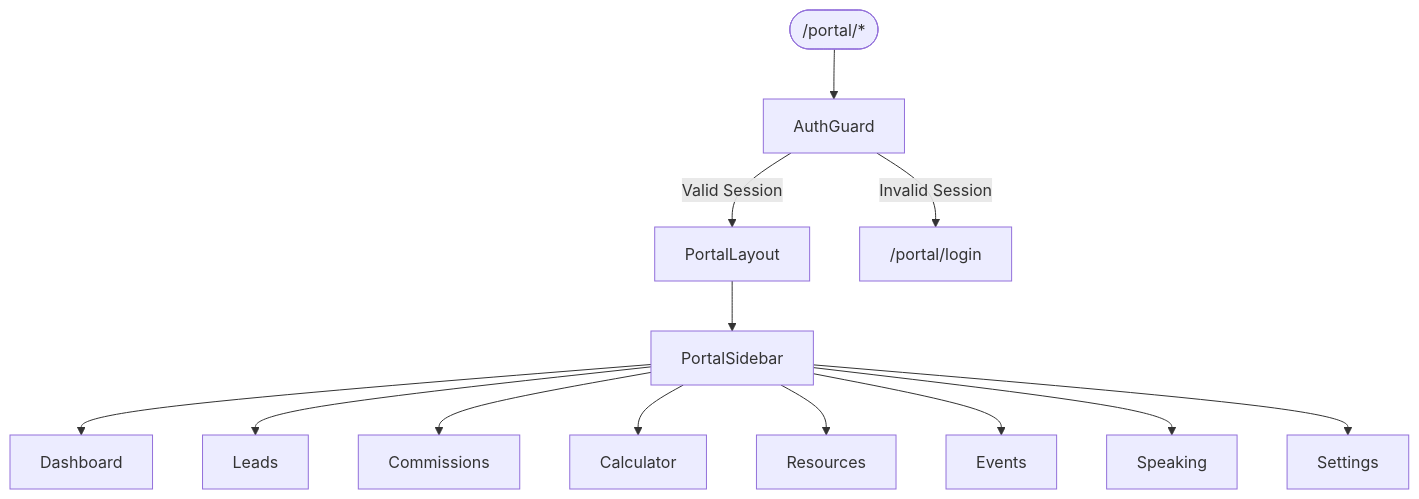
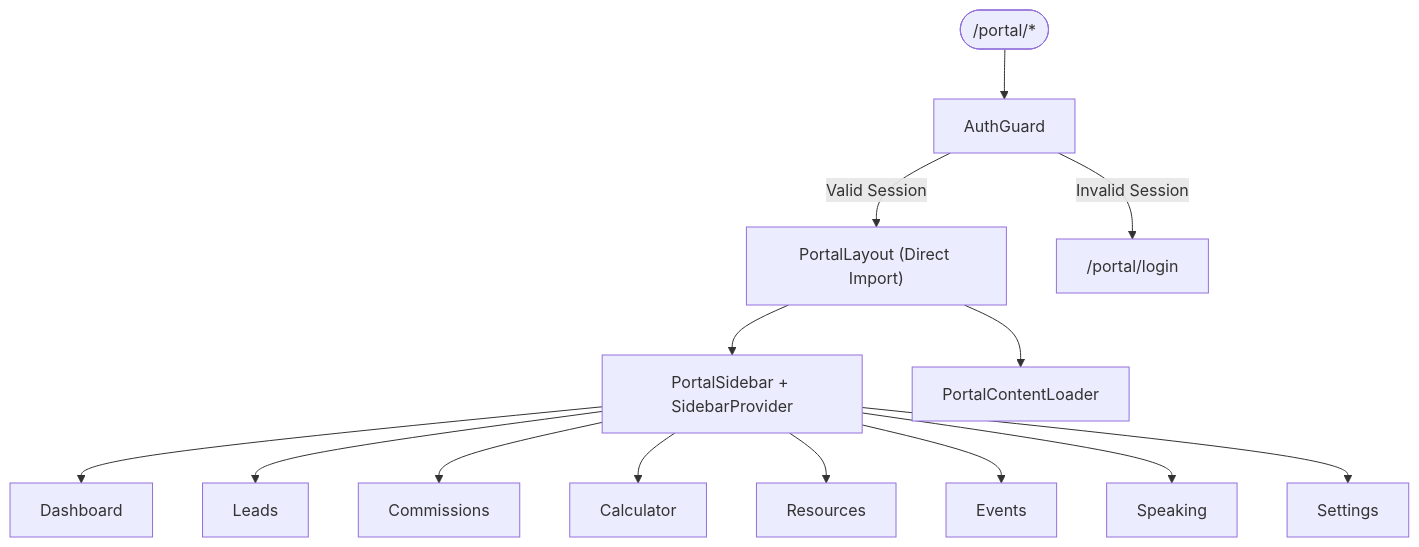
Before and after one commit to Hawky1/ryland: the fourth of 6 diagrams in .qoder/repowiki/en/content/Partner Portal System.md, drawn with Mermaid. The commit also changed other lines of this file and 5 other files, not shown here.

````diff
--- a/.qoder/repowiki/en/content/Partner Portal System.md
+++ b/.qoder/repowiki/en/content/Partner Portal System.md
@@ -256,15 +296,16 @@
 ```mermaid
 flowchart TD
 START(["/portal/*"]) --> GUARD["AuthGuard"]
-GUARD --> |Valid Session| LAYOUT["PortalLayout"]
+GUARD --> |Valid Session| LAYOUT["PortalLayout (Direct Import)"]
 GUARD --> |Invalid Session| LOGIN["/portal/login"]
-LAYOUT --> SIDEBAR["PortalSidebar"]
+LAYOUT --> SIDEBAR["PortalSidebar + SidebarProvider"]
+LAYOUT --> CONTENT_LOADER["PortalContentLoader"]
 SIDEBAR --> DASH["Dashboard"]
 SIDEBAR --> LEADS["Leads"]
 SIDEBAR --> COMMS["Commissions"]
 SIDEBAR --> CALC["Calculator"]
 SIDEBAR --> RES["Resources"]
 SIDEBAR --> EVT["Events"]
 SIDEBAR --> SPEAK["Speaking"]
 SIDEBAR --> SET["Settings"]
 ```
````
